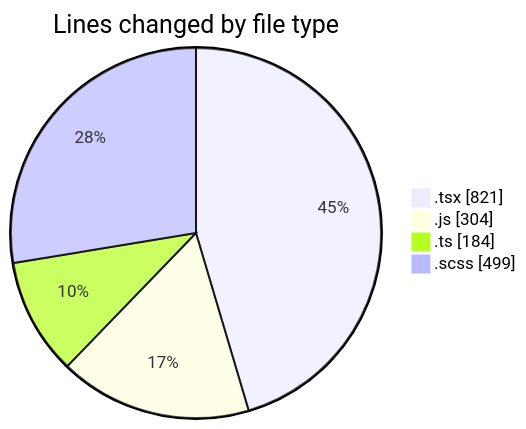
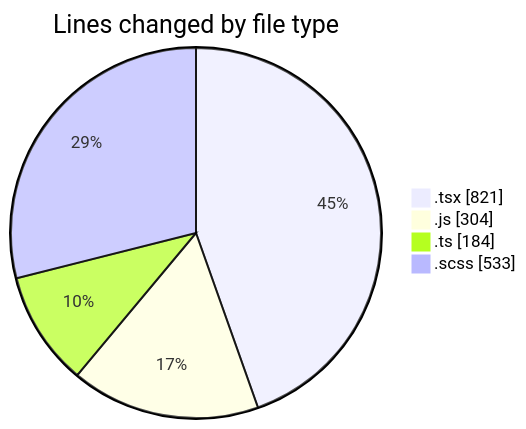
Before and after one commit to momahboobian/code-tracking: the first of 2 diagrams in 2025-02-26/cda/README.md, drawn with Mermaid. The commit also changed other lines of this file and 1 other file, not shown here.

````diff
--- a/2025-02-26/cda/README.md
+++ b/2025-02-26/cda/README.md
@@ -37,8 +37,8 @@
 ```mermaid
 pie showData
 title Lines changed by file type
 ".tsx" : 821
 ".js" : 304
 ".ts" : 184
-".scss" : 499
+".scss" : 533
 ```
````
